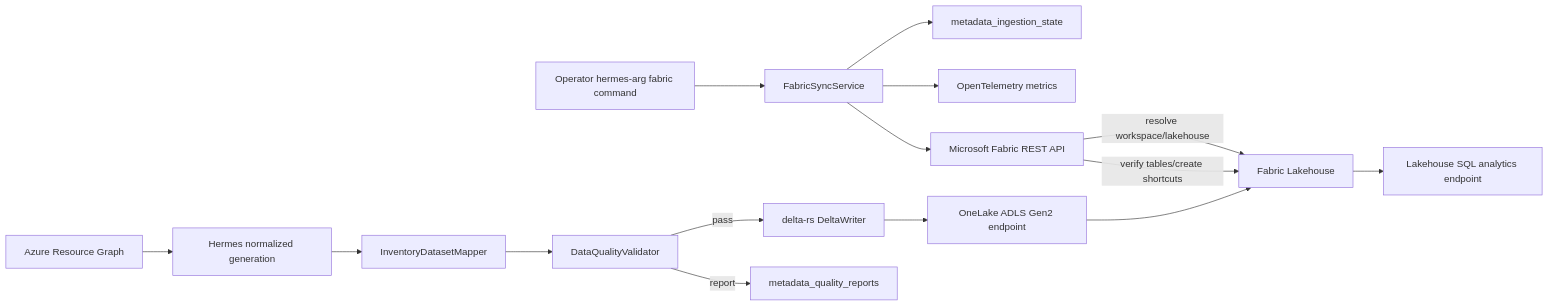
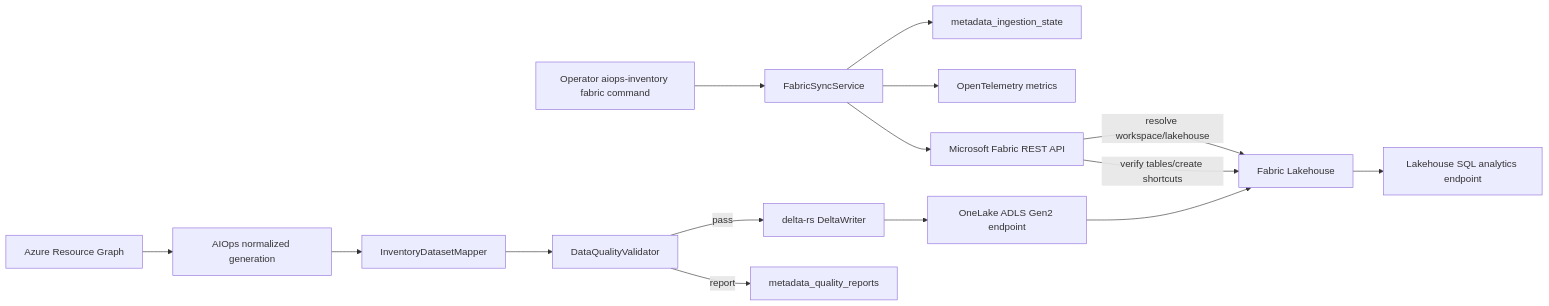
One commit to jasonpanggit/azure-aiops changed the diagram in docs/fabric-architecture.md. Above: the diagram before and after it, drawn with Mermaid. The commit also changed 493 other files, not shown here.

First line of the commit message:
refactor: rename Hermes to AIOps across the codebase

````diff
--- a/docs/fabric-architecture.md
+++ b/docs/fabric-architecture.md
@@ -5,32 +5,32 @@
 ```mermaid
 flowchart LR
     ARG[Azure Resource Graph]
-    NORM[Hermes normalized generation]
-    CMD[Operator hermes-arg fabric command]
+    NORM[AIOps normalized generation]
+    CMD[Operator aiops-inventory fabric command]
     SYNC[FabricSyncService]
     DQ[DataQualityValidator]
     MAP[InventoryDatasetMapper]
     DELTA[delta-rs DeltaWriter]
     DFS[OneLake ADLS Gen2 endpoint]
     REST[Microsoft Fabric REST API]
     LH[Fabric Lakehouse]
     SQL[Lakehouse SQL analytics endpoint]
     STATE[metadata_ingestion_state]
     REPORT[metadata_quality_reports]
     OTEL[OpenTelemetry metrics]
 
     ARG --> NORM
     CMD --> SYNC
     NORM --> MAP
     MAP --> DQ
     DQ -->|pass| DELTA
     DQ -->|report| REPORT
     DELTA --> DFS
     DFS --> LH
     SYNC --> STATE
     SYNC --> OTEL
     SYNC --> REST
     REST -->|resolve workspace/lakehouse| LH
     REST -->|verify tables/create shortcuts| LH
     LH --> SQL
 ```
````
